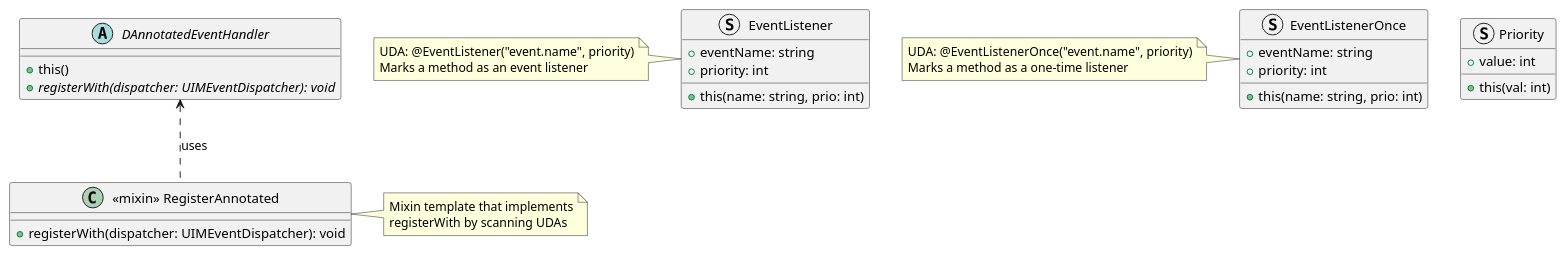
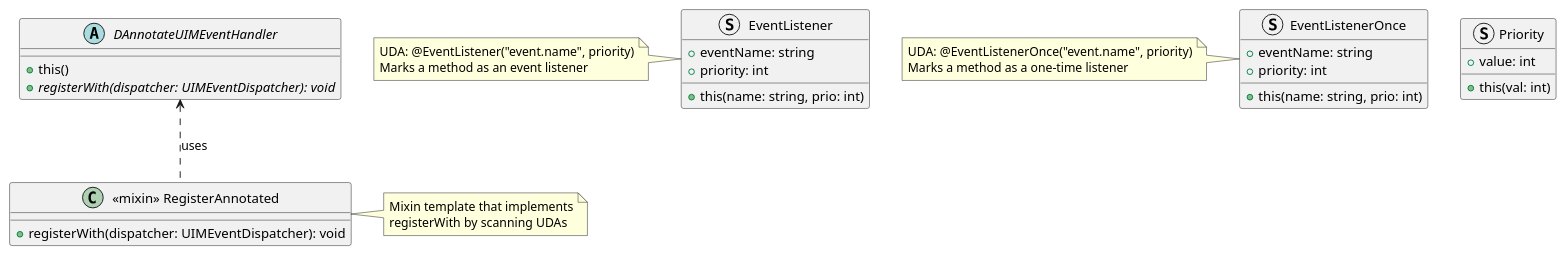
One commit to UIMSolutions/uim-framework changed the third of 12 diagrams in events/UML.md. Above: the diagram before and after it, drawn with PlantUML. The commit also changed other lines of this file and 21 other files, not shown here.

First line of the commit message:
Refactor event system to use UIMEvent and related interfaces

````diff
--- a/events/UML.md
+++ b/events/UML.md
@@ -121,51 +121,51 @@
 ```plantuml
 @startuml Events_Annotations
 
 struct EventListener {
   + eventName: string
   + priority: int
   
   + this(name: string, prio: int)
 }
 
 struct EventListenerOnce {
   + eventName: string
   + priority: int
   
   + this(name: string, prio: int)
 }
 
 struct Priority {
   + value: int
   
   + this(val: int)
 }
 
-abstract class DAnnotatedEventHandler {
+abstract class DAnnotateUIMEventHandler {
   + this()
   + {abstract} registerWith(dispatcher: UIMEventDispatcher): void
 }
 
 class "<<mixin>> RegisterAnnotated" as RegisterAnnotated {
   + registerWith(dispatcher: UIMEventDispatcher): void
 }
 
 note right of RegisterAnnotated
   Mixin template that implements
   registerWith by scanning UDAs
 end note
 
 note left of EventListener
   UDA: @EventListener("event.name", priority)
   Marks a method as an event listener
 end note
 
 note left of EventListenerOnce
   UDA: @EventListenerOnce("event.name", priority)
   Marks a method as a one-time listener
 end note
 
-DAnnotatedEventHandler <.. RegisterAnnotated : uses
+DAnnotateUIMEventHandler <.. RegisterAnnotated : uses
 
 @enduml
 ```
````
